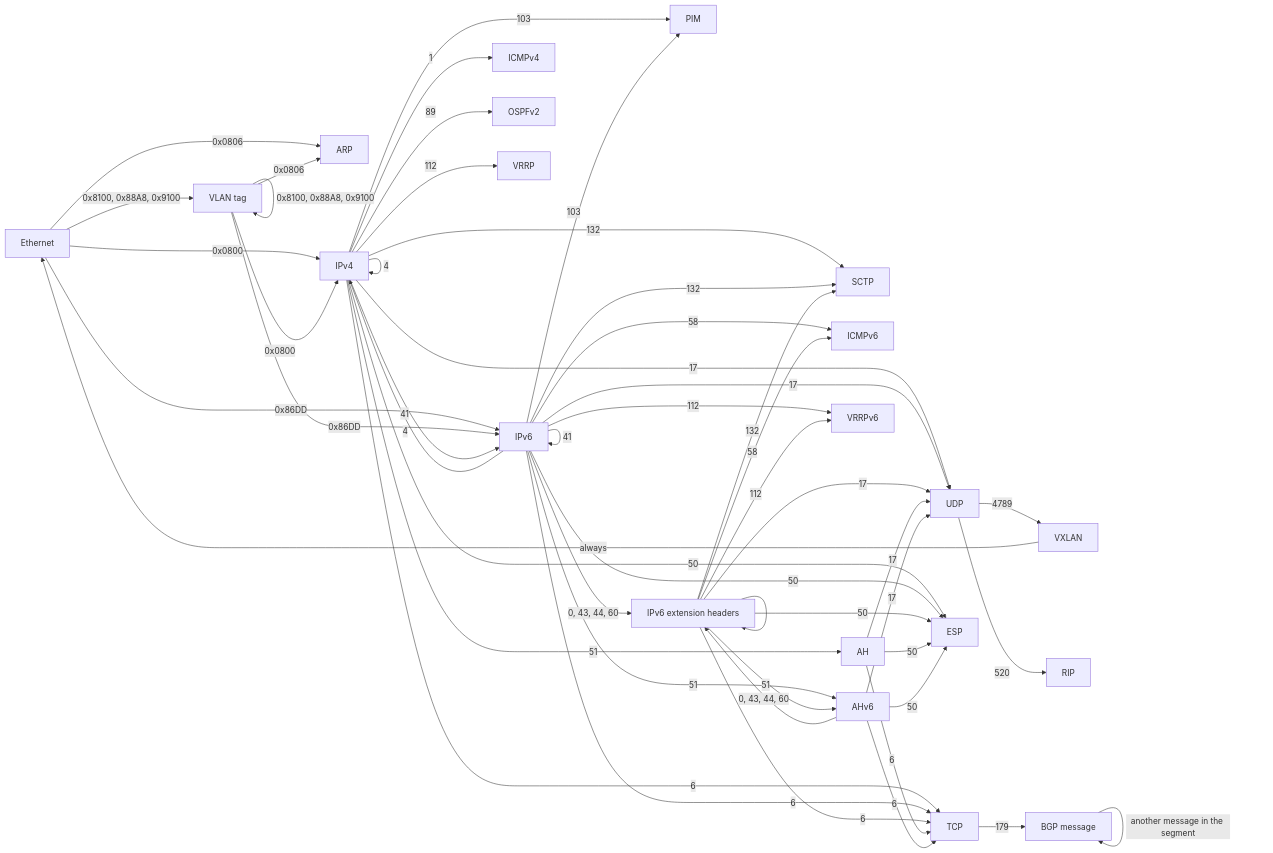
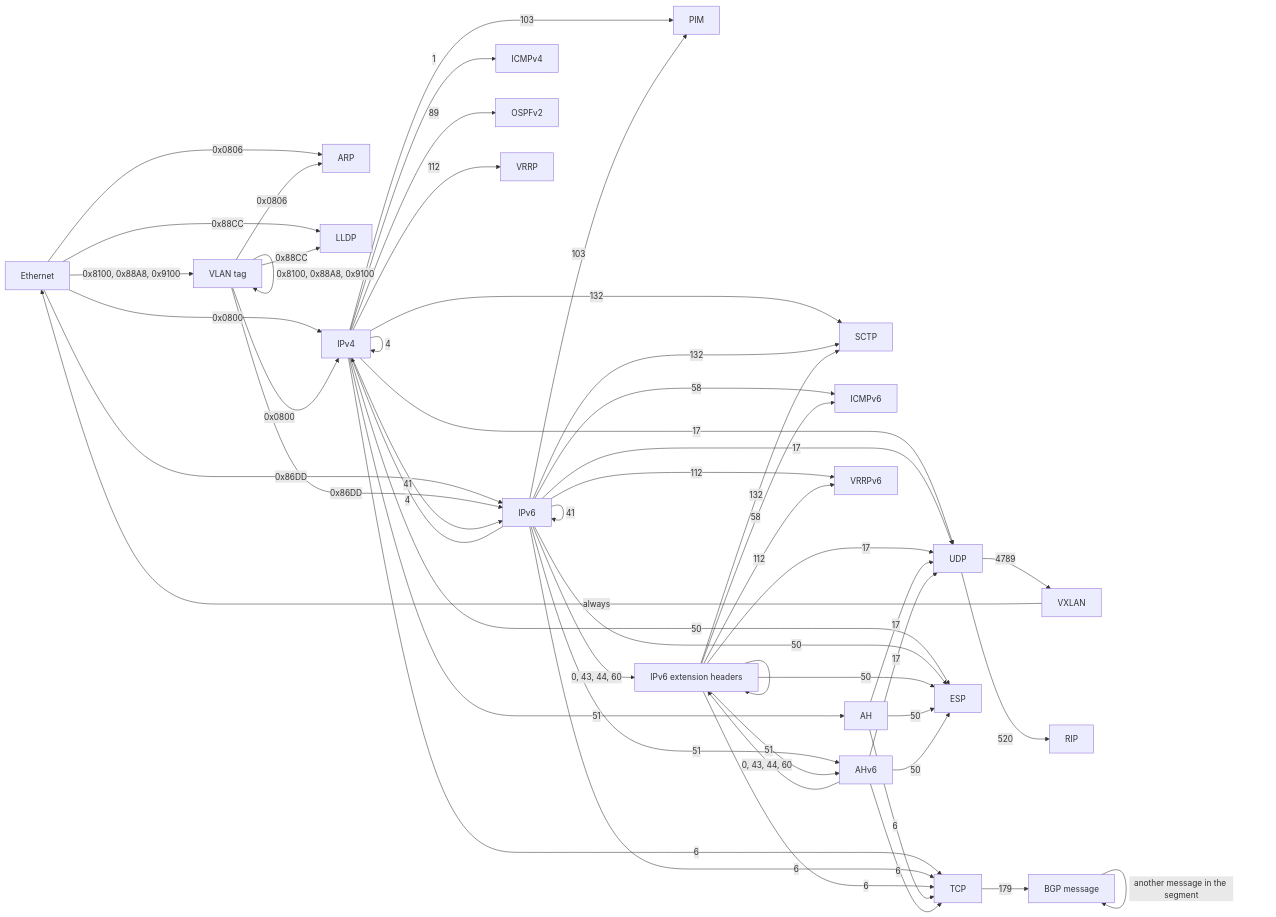
The diagram in ARCHITECTURE.md (EONRaider/NETProtocols), drawn with Mermaid before and after one commit. The commit also changed other lines of this file and 14 other files, not shown here.

````diff
--- a/ARCHITECTURE.md
+++ b/ARCHITECTURE.md
@@ -305,53 +319,55 @@
 ```mermaid
 flowchart LR
   E[Ethernet] -->|0x0806| A[ARP]
   E -->|0x0800| I4[IPv4]
   E -->|0x86DD| I6[IPv6]
   E -->|0x8100, 0x88A8, 0x9100| V[VLAN tag]
   V -->|0x8100, 0x88A8, 0x9100| V
   V -->|0x0806| A
   V -->|0x0800| I4
   V -->|0x86DD| I6
+  E -->|0x88CC| L[LLDP]
+  V -->|0x88CC| L
   I4 -->|1| IC4[ICMPv4]
   I4 -->|6| T[TCP]
   I4 -->|17| U[UDP]
   I4 -->|132| S[SCTP]
   I4 -->|103| P[PIM]
   I6 -->|58| IC6[ICMPv6]
   I6 -->|6| T
   I6 -->|17| U
   I6 -->|132| S
   I6 -->|103| P
   I4 -->|4| I4
   I4 -->|41| I6
   I6 -->|4| I4
   I6 -->|41| I6
   I4 -->|50| ESP[ESP]
   I6 -->|50| ESP
   I6 -->|0, 43, 44, 60| X[IPv6 extension headers]
   X --> X
   X -->|58| IC6
   X -->|6| T
   X -->|17| U
   X -->|132| S
   X -->|50| ESP
   I4 -->|51| AH[AH]
   AH -->|6| T
   AH -->|17| U
   AH -->|50| ESP
   I6 -->|51| AH6[AHv6]
   X -->|51| AH6
   AH6 -->|0, 43, 44, 60| X
   AH6 -->|6| T
   AH6 -->|17| U
   AH6 -->|50| ESP
   I4 -->|89| OSPF[OSPFv2]
   I4 -->|112| VR[VRRP]
   I6 -->|112| VR6[VRRPv6]
   X -->|112| VR6
   U -->|4789| VX[VXLAN]
   VX -->|always| E
   U -->|520| R[RIP]
   T -->|179| BGP[BGP message]
   BGP -->|another message in the segment| BGP
 ```
````
